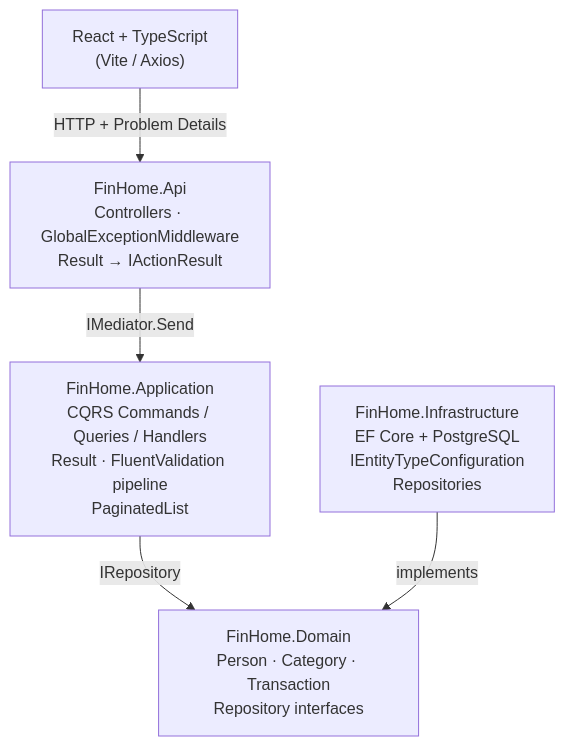
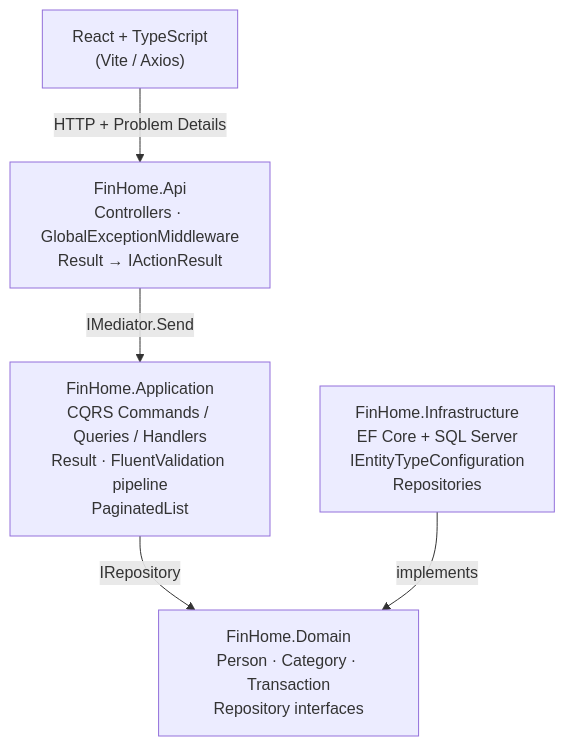
One commit to petry-dev/FinHome changed the diagram in README.md. Above: the diagram before and after it, drawn with Mermaid. The commit also changed other lines of this file, not shown here.

Commit message:
docs: update README with SQL Server, correct test counts and e2e script

````diff
--- a/README.md
+++ b/README.md
@@ -9,13 +9,13 @@
 ```mermaid
 graph TD
     Client["React + TypeScript\n(Vite / Axios)"]
     API["FinHome.Api\nControllers · GlobalExceptionMiddleware\nResult → IActionResult"]
     App["FinHome.Application\nCQRS Commands / Queries / Handlers\nResult<T> · FluentValidation pipeline\nPaginatedList<T>"]
     Domain["FinHome.Domain\nPerson · Category · Transaction\nRepository interfaces"]
-    Infra["FinHome.Infrastructure\nEF Core + PostgreSQL\nIEntityTypeConfiguration<T>\nRepositories"]
+    Infra["FinHome.Infrastructure\nEF Core + SQL Server\nIEntityTypeConfiguration<T>\nRepositories"]
 
     Client -->|HTTP + Problem Details| API
     API -->|IMediator.Send| App
     App -->|IRepository| Domain
     Infra -->|implements| Domain
 ```
````
